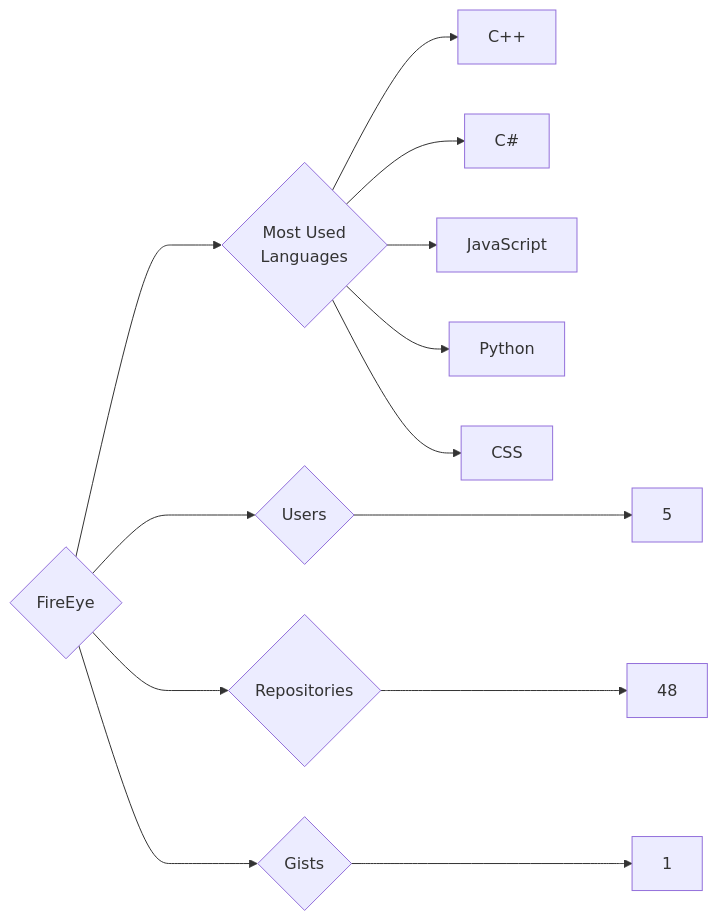
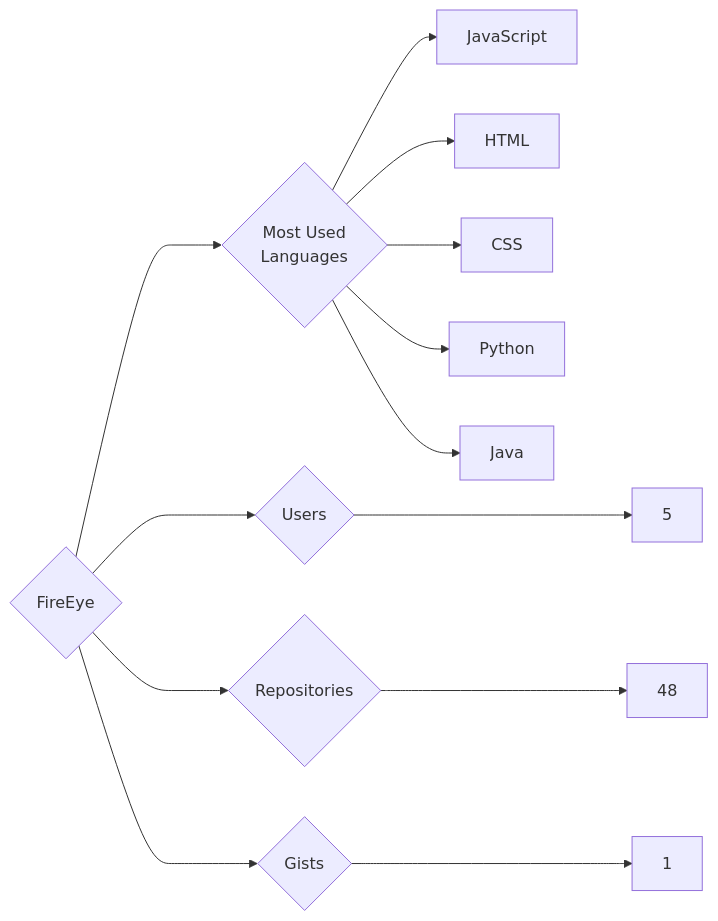
Before and after one commit to trickest/insiders: the diagram in targets/FireEye/README.md, drawn with Mermaid. The commit also changed 1055 other files, not shown here.

````diff
--- a/targets/FireEye/README.md
+++ b/targets/FireEye/README.md
@@ -3,13 +3,13 @@
 ```mermaid
 graph LR
 COMPANY_NAME{FireEye}
 COMPANY_NAME ---> U{Users} ---> UN[5]
 COMPANY_NAME ---> R{Repositories} ---> RN[48]
 COMPANY_NAME ---> G{Gists} ---> GN[1]
 COMPANY_NAME ---> ML{Most Used<br>Languages}
-ML --> C++[C++]
-ML --> C#[C#]
 ML --> JavaScript[JavaScript]
+ML --> HTML[HTML]
+ML --> CSS[CSS]
 ML --> Python[Python]
-ML --> CSS[CSS]
+ML --> Java[Java]
 ```
````
